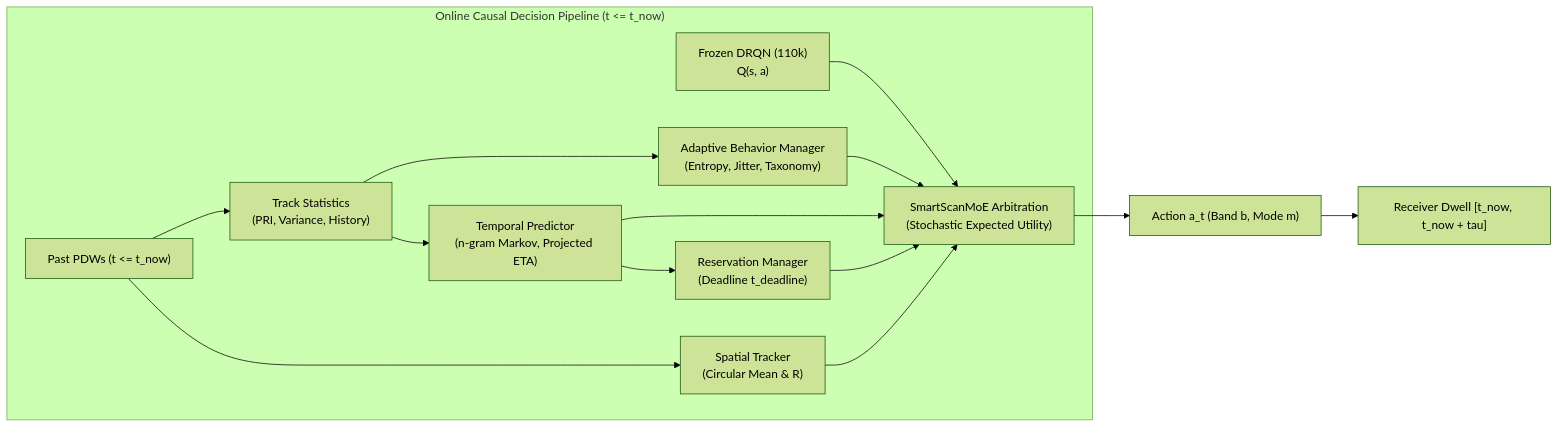
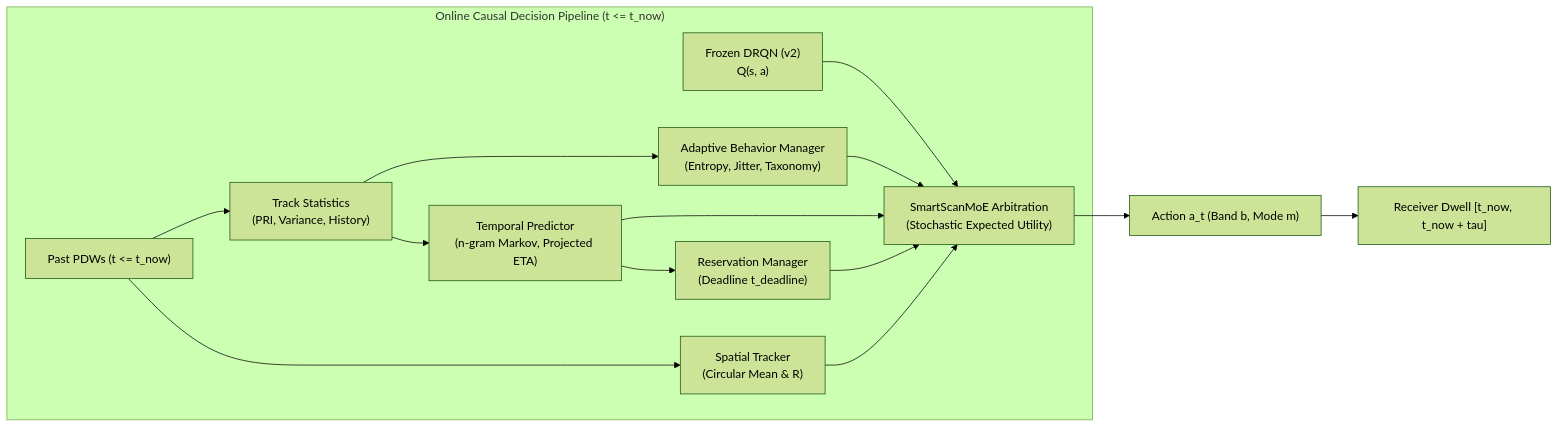
One commit to Promothesh-Chatterjee/SIH2026_Try2 changed the diagram in docs/CAUSALITY_AND_LEAKAGE_AUDIT.md. Above: the diagram before and after it, drawn with Mermaid (forest theme). The commit also changed other lines of this file and 40 other files, not shown here.

````diff
--- a/docs/CAUSALITY_AND_LEAKAGE_AUDIT.md
+++ b/docs/CAUSALITY_AND_LEAKAGE_AUDIT.md
@@ -23,19 +23,19 @@
 ```mermaid
 graph LR
     subgraph "Online Causal Decision Pipeline (t <= t_now)"
         PDW["Past PDWs (t <= t_now)"] --> Track["Track Statistics<br/>(PRI, Variance, History)"]
         Track --> ABM["Adaptive Behavior Manager<br/>(Entropy, Jitter, Taxonomy)"]
         Track --> TP["Temporal Predictor<br/>(n-gram Markov, Projected ETA)"]
         TP --> RM["Reservation Manager<br/>(Deadline t_deadline)"]
         PDW --> ST["Spatial Tracker<br/>(Circular Mean & R)"]
         
-        Q["Frozen DRQN (110k)<br/>Q(s, a)"] --> Arb["SmartScanMoE Arbitration<br/>(Stochastic Expected Utility)"]
+        Q["Frozen DRQN (v2)<br/>Q(s, a)"] --> Arb["SmartScanMoE Arbitration<br/>(Stochastic Expected Utility)"]
         ABM --> Arb
         TP --> Arb
         RM --> Arb
         ST --> Arb
     end
     
     Arb --> Action["Action a_t (Band b, Mode m)"]
     Action --> Dwell["Receiver Dwell [t_now, t_now + tau]"]
 ```
````
